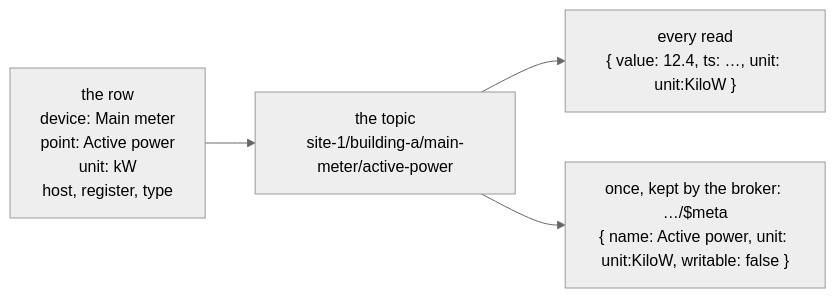
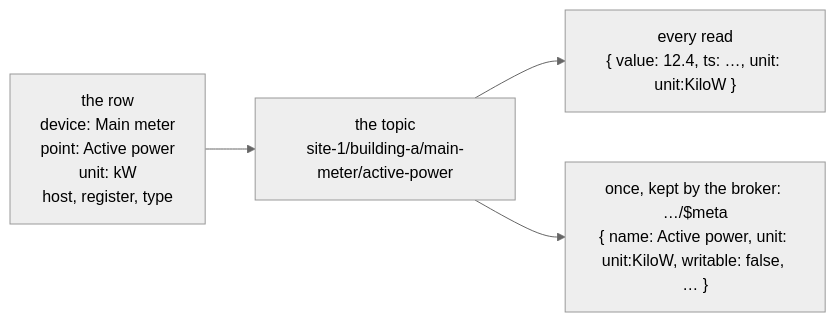
One commit to phocal-ai/ot-gateway changed the second of 2 diagrams in docs/inputs.md. Above: the diagram before and after it, drawn with Mermaid (neutral theme). The commit also changed other lines of this file and 1 other file, not shown here.

First line of the commit message:
docs: inputs page says what the status page and $meta really show

````diff
--- a/docs/inputs.md
+++ b/docs/inputs.md
@@ -108,7 +108,7 @@
 ```mermaid
 %% site: inputs-row
 flowchart LR
   row["the row<br/>device: Main meter<br/>point: Active power<br/>unit: kW<br/>host, register, type"] --> topic["the topic<br/>site-1/building-a/main-meter/active-power"]
   topic --> value["every read<br/>{ value: 12.4, ts: …, unit: unit:KiloW }"]
-  topic --> meta["once, kept by the broker: …/$meta<br/>{ name: Active power, unit: unit:KiloW, writable: false }"]
+  topic --> meta["once, kept by the broker: …/$meta<br/>{ name: Active power, unit: unit:KiloW, writable: false, … }"]
 ```
````
